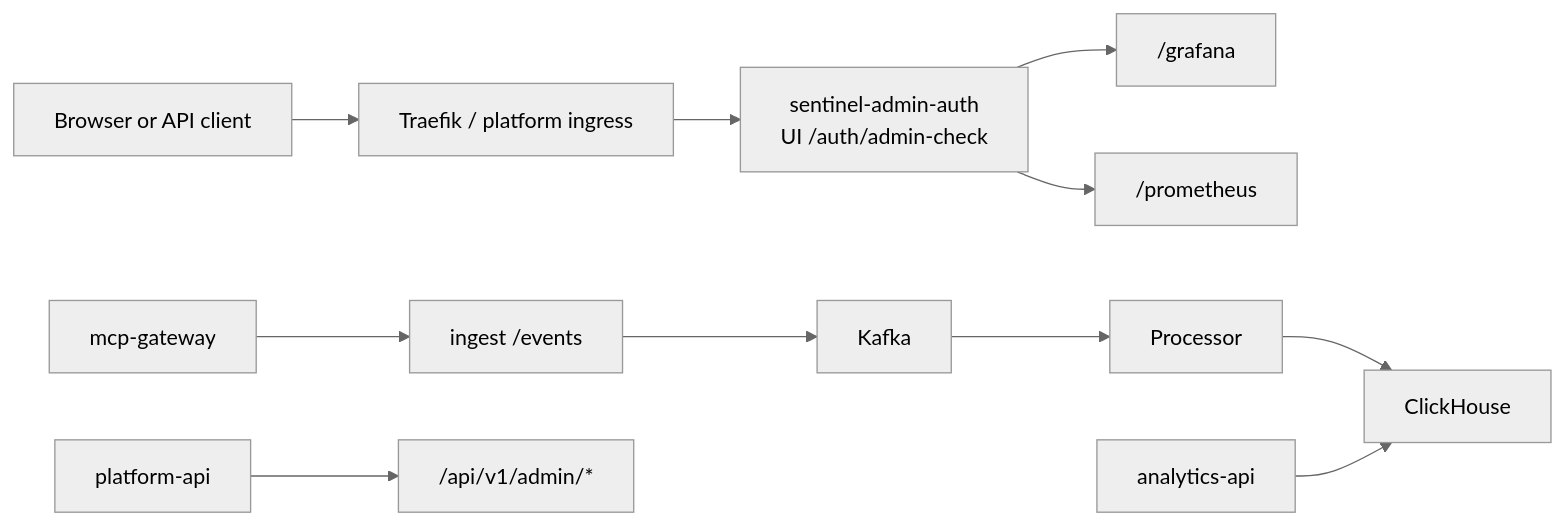
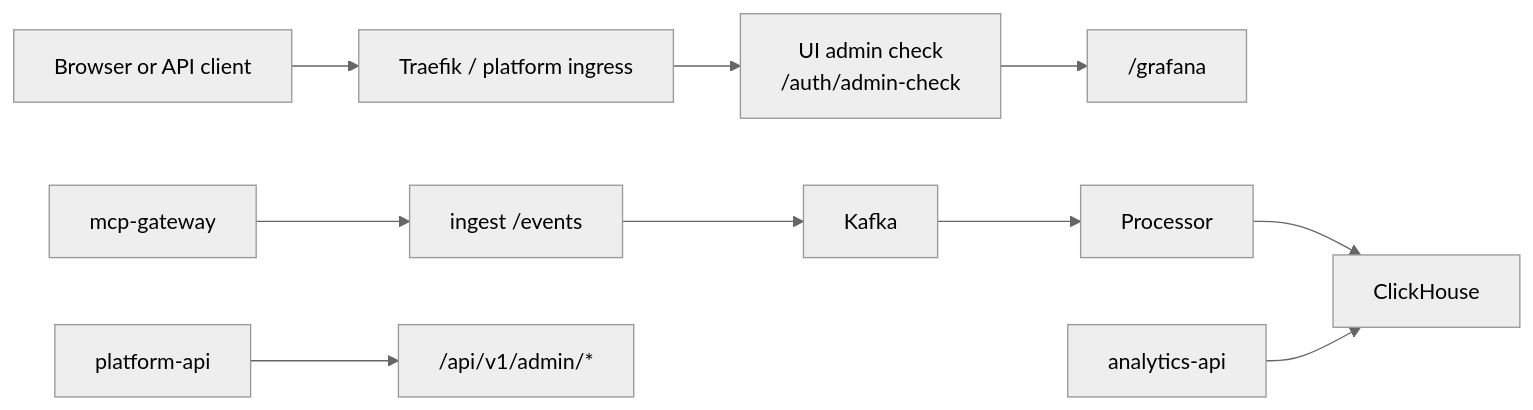
The ninth of 9 diagrams in docs/internals/request-flows.md (mcp-runtime/mcp-runtime), drawn with Mermaid (neutral theme) before and after one commit. The commit also changed other lines of this file and 237 other files, not shown here.

````diff
--- a/docs/internals/request-flows.md
+++ b/docs/internals/request-flows.md
@@ -327,13 +327,12 @@
 ```mermaid
 flowchart LR
     Browser["Browser or API client"] --> Ingress["Traefik / platform ingress"]
-    Ingress --> Auth["sentinel-admin-auth\nUI /auth/admin-check"]
+    Ingress --> Auth["UI admin check\n/auth/admin-check"]
     Auth --> Grafana["/grafana"]
-    Auth --> Prometheus["/prometheus"]
     Gateway["mcp-gateway"] --> Ingest["ingest /events"]
     Ingest --> Kafka
     Kafka --> Processor
     Processor --> ClickHouse
     Analytics["analytics-api"] --> ClickHouse
     Platform["platform-api"] --> Admin["/api/v1/admin/*"]
 ```
````
